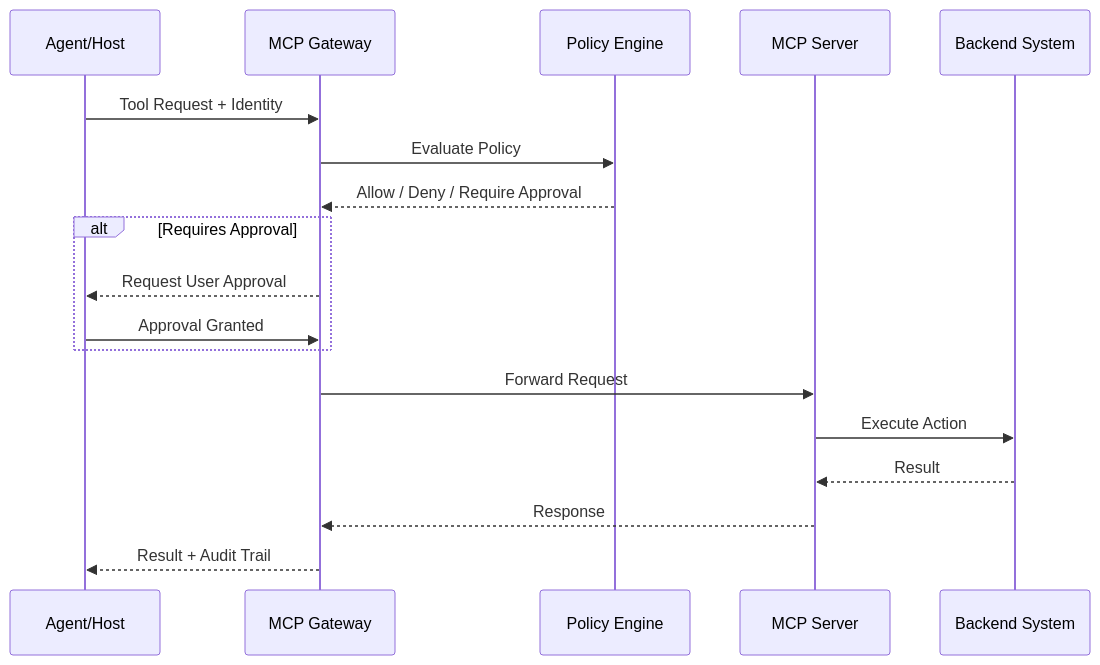
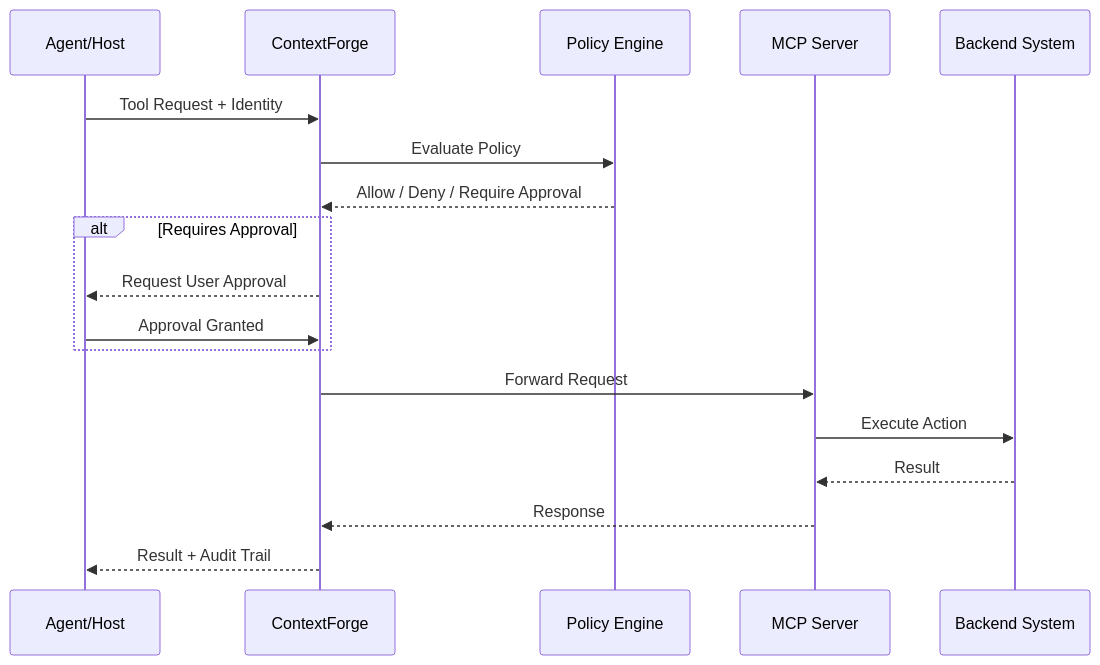
Before and after one commit to tedhabeck/mcp-context-forge: the seventh of 26 diagrams in docs/docs/best-practices/mcp-architecture-patterns.md, drawn with Mermaid. The commit also changed other lines of this file and 583 other files, not shown here.

First line of the commit message:
docs: rebrand to ContextForge AI Gateway (#3091)

````diff
--- a/docs/docs/best-practices/mcp-architecture-patterns.md
+++ b/docs/docs/best-practices/mcp-architecture-patterns.md
@@ -175,21 +175,21 @@
 ```mermaid
 sequenceDiagram
   participant A as Agent/Host
-  participant G as MCP Gateway
+  participant G as ContextForge
   participant P as Policy Engine
   participant S as MCP Server
   participant B as Backend System
 
   A->>G: Tool Request + Identity
   G->>P: Evaluate Policy
   P-->>G: Allow / Deny / Require Approval
   alt Requires Approval
     G-->>A: Request User Approval
     A->>G: Approval Granted
   end
   G->>S: Forward Request
   S->>B: Execute Action
   B-->>S: Result
   S-->>G: Response
   G-->>A: Result + Audit Trail
 ```
````
